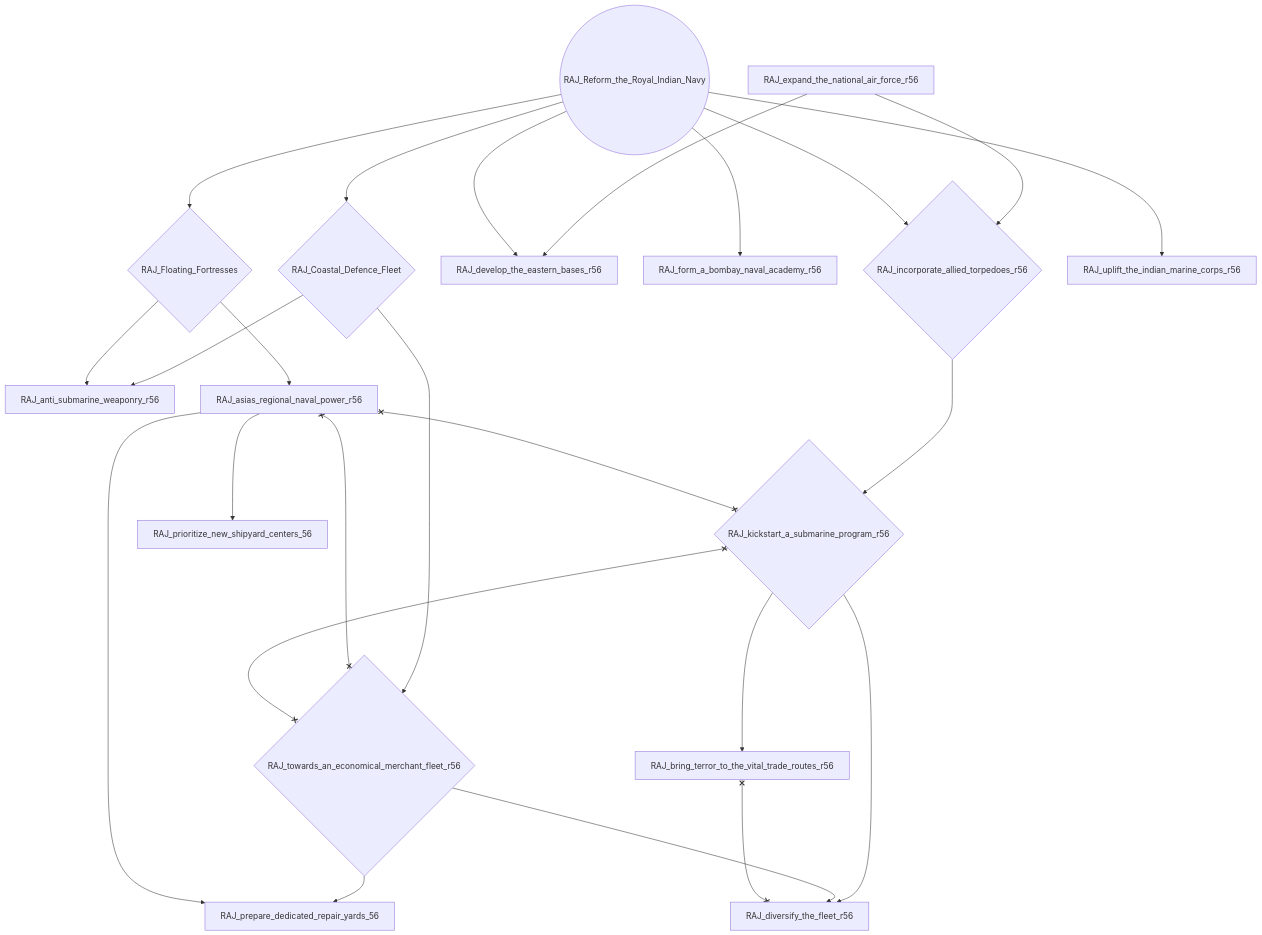
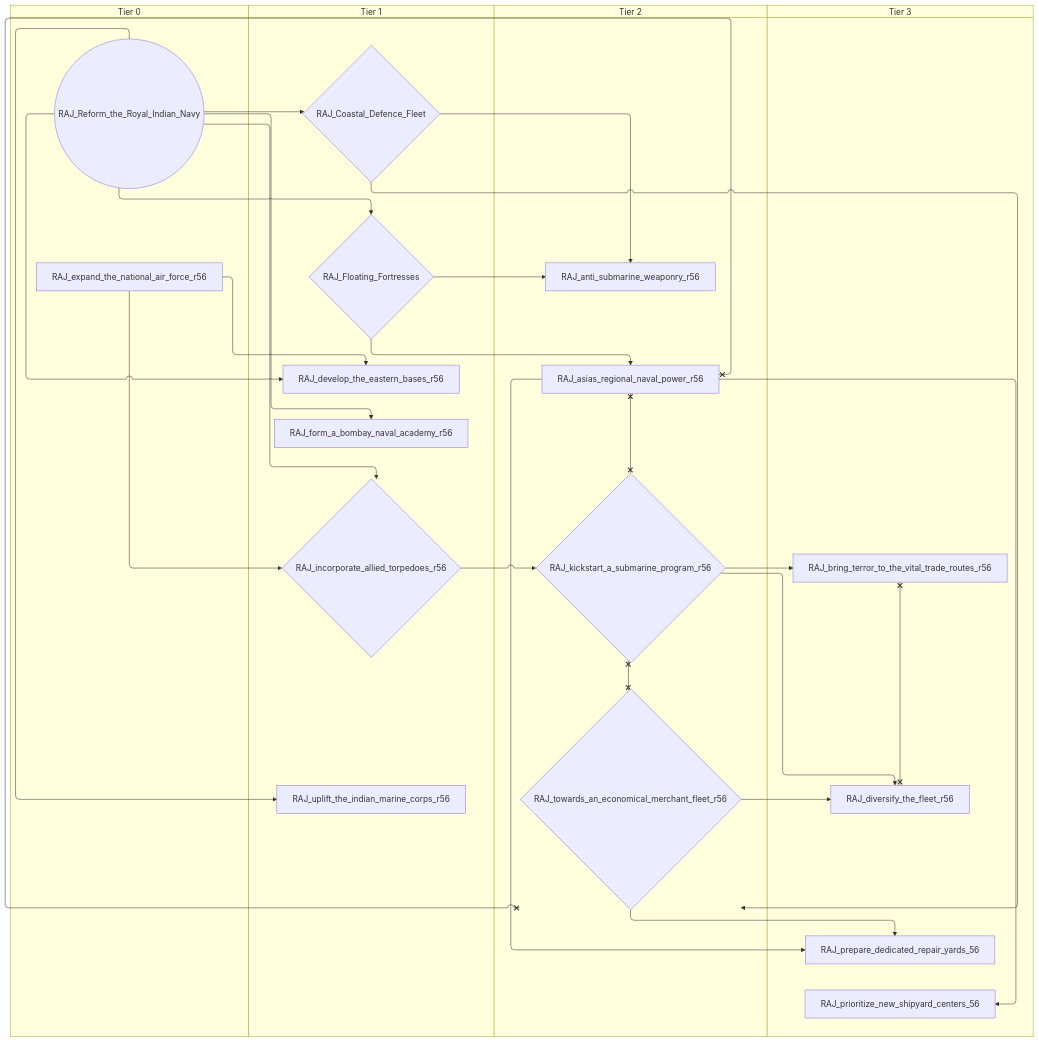
Before and after one commit to evgeny-sobol/hoi4-sandbox-mode-r56: the fourth of 7 diagrams in docs/gdd/National Focuses/r56/r56_india_shared.md, drawn with Mermaid. The commit also changed other lines of this file and 423 other files, not shown here.

First line of the commit message:
Re-export Rt56 focus trees as swimlane diagrams

````diff
--- a/docs/gdd/National Focuses/r56/r56_india_shared.md
+++ b/docs/gdd/National Focuses/r56/r56_india_shared.md
@@ -217,42 +257,50 @@
 ```mermaid
-flowchart TD
-    n52{"RAJ_Coastal_Defence_Fleet"}
-    n53{"RAJ_Floating_Fortresses"}
-    n54(("RAJ_Reform_the_Royal_Indian_Navy"))
-    n55["RAJ_anti_submarine_weaponry_r56"]
-    n56["RAJ_asias_regional_naval_power_r56"]
-    n57["RAJ_bring_terror_to_the_vital_trade_routes_r56"]
-    n58["RAJ_develop_the_eastern_bases_r56"]
-    n59["RAJ_diversify_the_fleet_r56"]
-    n60["RAJ_expand_the_national_air_force_r56"]
-    n61["RAJ_form_a_bombay_naval_academy_r56"]
-    n62{"RAJ_incorporate_allied_torpedoes_r56"}
-    n63{"RAJ_kickstart_a_submarine_program_r56"}
-    n64["RAJ_prepare_dedicated_repair_yards_56"]
-    n65["RAJ_prioritize_new_shipyard_centers_56"]
-    n66{"RAJ_towards_an_economical_merchant_fleet_r56"}
-    n67["RAJ_uplift_the_indian_marine_corps_r56"]
-    n54 --> n52
-    n54 --> n53
+swimlane-beta TD
+    subgraph tier_0["Tier 0"]
+        n52(("RAJ_Reform_the_Royal_Indian_Navy"))
+        n53["RAJ_expand_the_national_air_force_r56"]
+    end
+    subgraph tier_1["Tier 1"]
+        n54{"RAJ_Coastal_Defence_Fleet"}
+        n55{"RAJ_Floating_Fortresses"}
+        n56["RAJ_develop_the_eastern_bases_r56"]
+        n57["RAJ_form_a_bombay_naval_academy_r56"]
+        n58{"RAJ_incorporate_allied_torpedoes_r56"}
+        n59["RAJ_uplift_the_indian_marine_corps_r56"]
+    end
+    subgraph tier_2["Tier 2"]
+        n60["RAJ_anti_submarine_weaponry_r56"]
+        n61["RAJ_asias_regional_naval_power_r56"]
+        n62{"RAJ_kickstart_a_submarine_program_r56"}
+        n63{"RAJ_towards_an_economical_merchant_fleet_r56"}
+    end
+    subgraph tier_3["Tier 3"]
+        n64["RAJ_bring_terror_to_the_vital_trade_routes_r56"]
+        n65["RAJ_diversify_the_fleet_r56"]
+        n66["RAJ_prepare_dedicated_repair_yards_56"]
+        n67["RAJ_prioritize_new_shipyard_centers_56"]
+    end
+    n52 --> n54
     n52 --> n55
-    n53 --> n55
+    n54 --> n60
+    n55 --> n60
+    n55 --> n61
+    n62 --> n64
     n53 --> n56
-    n63 --> n57
-    n60 --> n58
-    n54 --> n58
-    n63 --> n59
-    n66 --> n59
-    n54 --> n61
-    n60 --> n62
-    n54 --> n62
-    n62 --> n63
-    n66 --> n64
-    n56 --> n64
-    n56 --> n65
-    n52 --> n66
-    n54 --> n67
-    n56 x--x n63
-    n56 x--x n66
-    n57 x--x n59
-    n63 x--x n66
+    n52 --> n56
+    n62 --> n65
+    n63 --> n65
+    n52 --> n57
+    n53 --> n58
+    n52 --> n58
+    n58 --> n62
+    n63 --> n66
+    n61 --> n66
+    n61 --> n67
+    n54 --> n63
+    n52 --> n59
+    n61 x--x n62
+    n61 x--x n63
+    n64 x--x n65
+    n62 x--x n63
 ```
````
